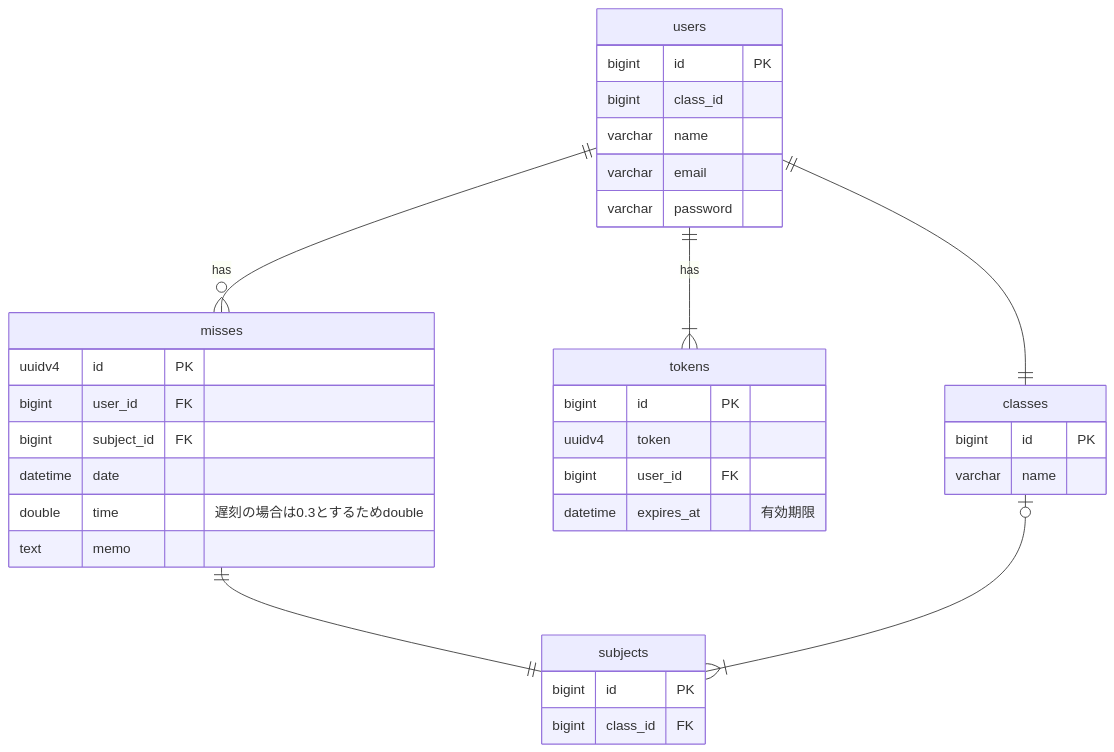
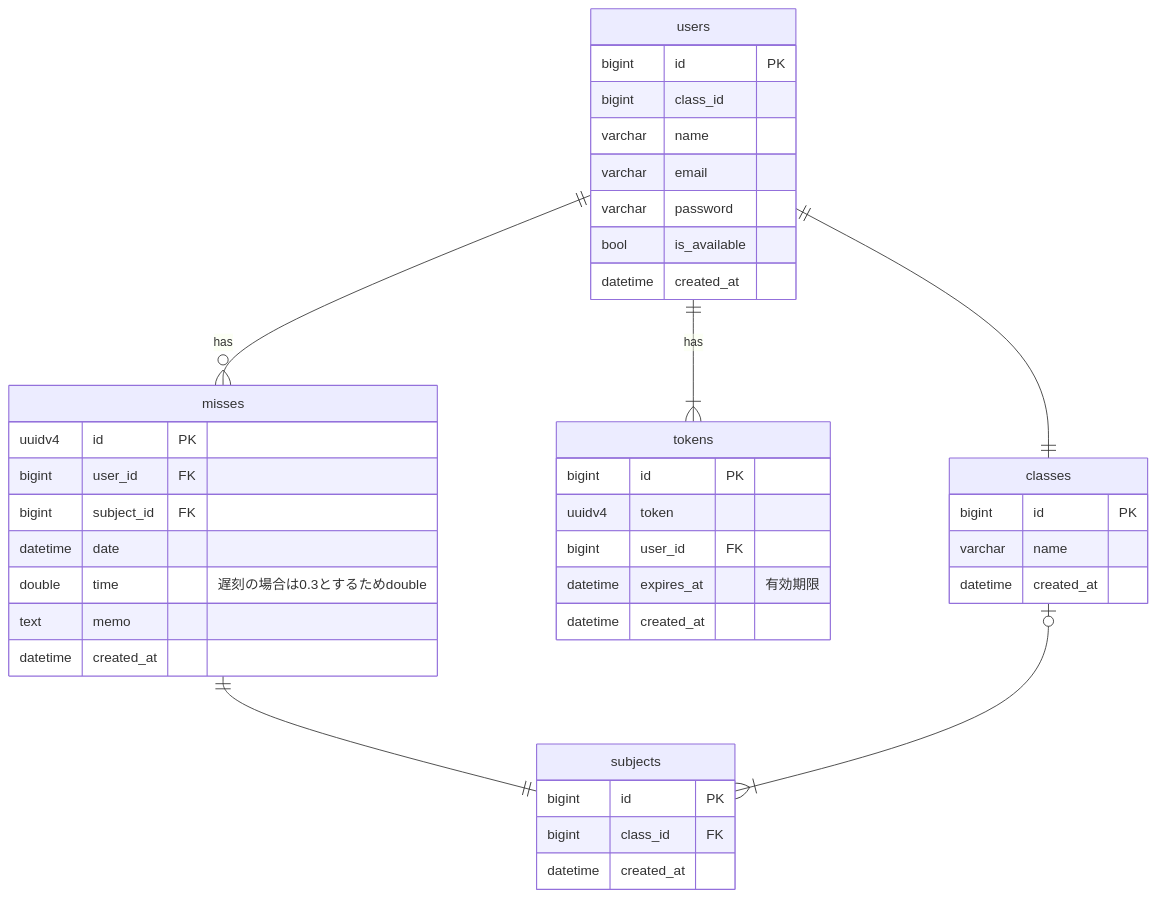
One commit to ynori123/kosen-kekka changed the diagram in backend/API_document.md. Above: the diagram before and after it, drawn with Mermaid.

Commit message:
edit table column

````diff
--- a/backend/API_document.md
+++ b/backend/API_document.md
@@ -4,41 +4,45 @@
 ```mermaid
 erDiagram
 users ||--o{ misses : has
 users ||--|{ tokens : has
 users ||--|| classes : ""
 misses ||--|| subjects : ""
 classes |o--|{ subjects : ""
 
 users {
   bigint id PK
   bigint class_id
   varchar name 
   varchar email
   varchar password
+  bool is_available
+  datetime created_at
 }
 misses {
   uuidv4 id PK
   bigint user_id FK
   bigint subject_id FK
   datetime date
   double time  "遅刻の場合は0.3とするためdouble"
   text memo
+  datetime created_at
 }
 tokens {
   bigint id PK
   uuidv4 token
   bigint user_id FK
   datetime expires_at  "有効期限"
+  datetime created_at
 }
-
 subjects {
   bigint id PK
   bigint class_id FK
+  datetime created_at
 }
-
 classes {
   bigint id PK
   varchar name
+  datetime created_at
 }
 
 ```
````
